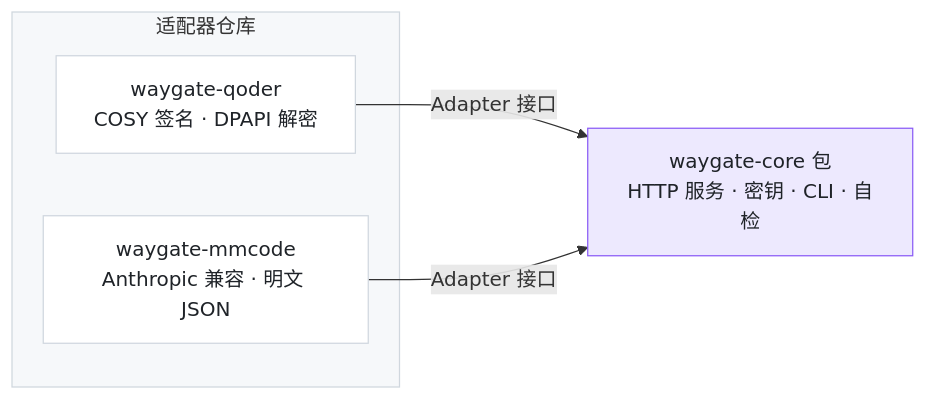
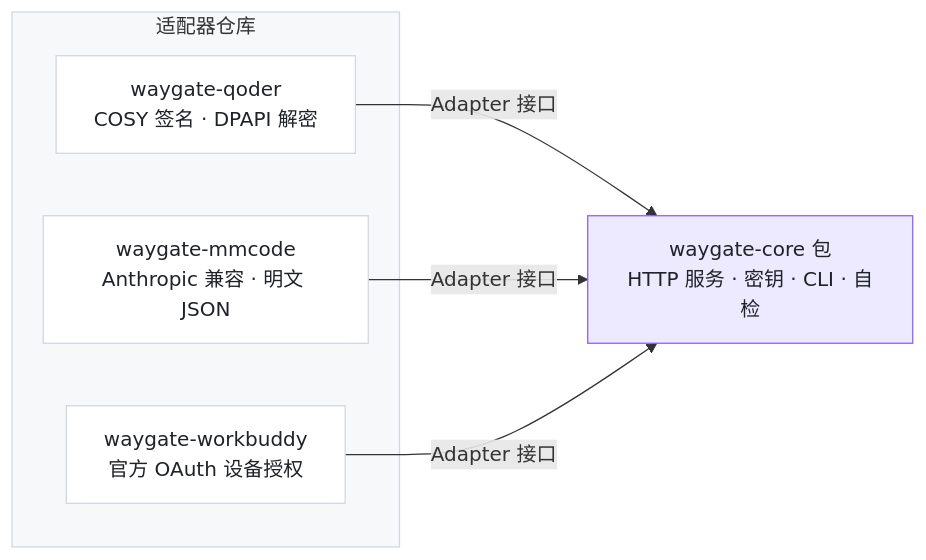
One commit to zhanghaojie513/waygate-core changed the diagram in README.md. Above: the diagram before and after it, drawn with Mermaid. The commit also changed other lines of this file and 1 other file, not shown here.

````diff
--- a/README.md
+++ b/README.md
@@ -37,15 +37,18 @@
 ```mermaid
 flowchart LR
   subgraph adapters [适配器仓库]
     Q[waygate-qoder<br/>COSY 签名 · DPAPI 解密]
     M[waygate-mmcode<br/>Anthropic 兼容 · 明文 JSON]
+    W[waygate-workbuddy<br/>官方 OAuth 设备授权]
   end
   C[waygate-core 包<br/>HTTP 服务 · 密钥 · CLI · 自检]
   Q -->|Adapter 接口| C
   M -->|Adapter 接口| C
+  W -->|Adapter 接口| C
 
   style C fill:#EDE9FE,stroke:#8B5CF6,color:#1F2328
   style Q fill:#FFFFFF,stroke:#D0D7DE,color:#1F2328
   style M fill:#FFFFFF,stroke:#D0D7DE,color:#1F2328
+  style W fill:#FFFFFF,stroke:#D0D7DE,color:#1F2328
   style adapters fill:#F6F8FA,stroke:#D0D7DE
 ```
````
